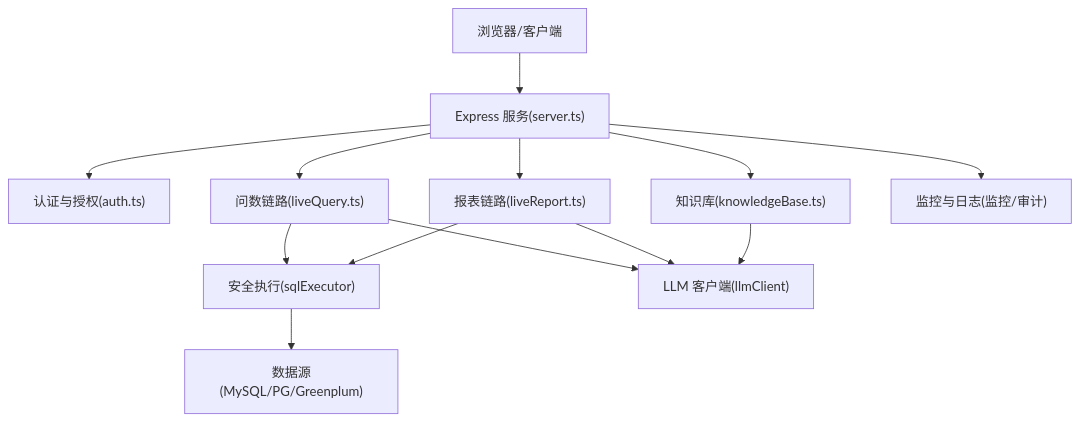
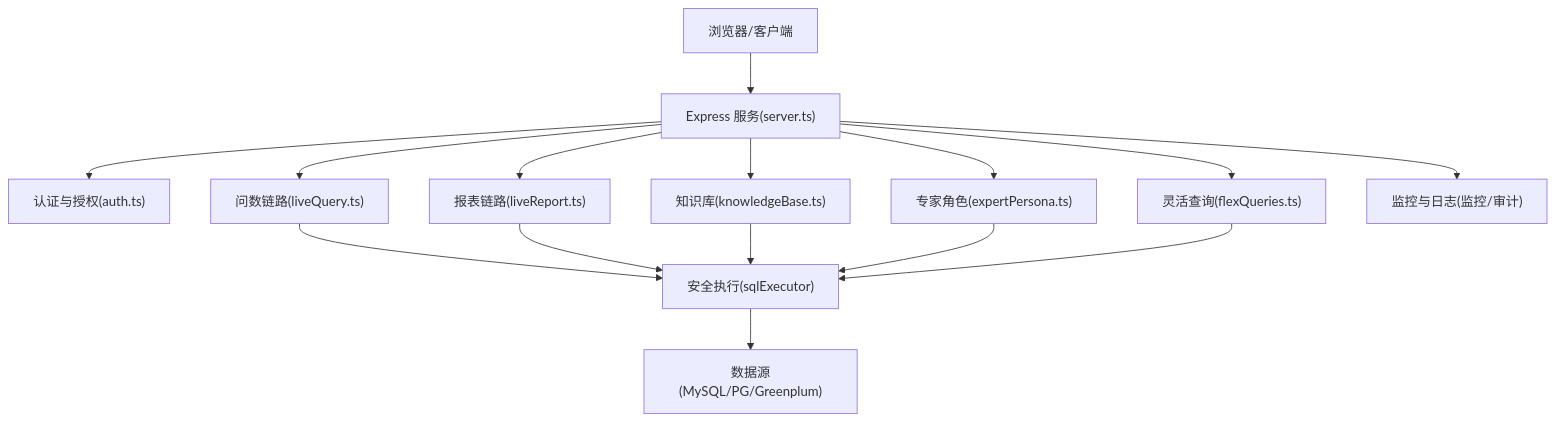
The first of 9 diagrams in .qoder/repowiki/zh/content/项目概述/系统介绍与特性.md (dgjin/smart-data-analytics), drawn with Mermaid before and after one commit. The commit also changed other lines of this file and 100 other files, not shown here.

````diff
--- a/.qoder/repowiki/zh/content/项目概述/系统介绍与特性.md
+++ b/.qoder/repowiki/zh/content/项目概述/系统介绍与特性.md
@@ -36,15 +53,17 @@
 ```mermaid
 graph TB
 A["浏览器/客户端"] --> B["Express 服务(server.ts)"]
 B --> C["认证与授权(auth.ts)"]
 B --> D["问数链路(liveQuery.ts)"]
 B --> E["报表链路(liveReport.ts)"]
 B --> F["知识库(knowledgeBase.ts)"]
-D --> G["安全执行(sqlExecutor)"]
-E --> G
-D --> H["LLM 客户端(llmClient)"]
-E --> H
-F --> H
-G --> I["数据源(MySQL/PG/Greenplum)"]
-B --> J["监控与日志(监控/审计)"]
+B --> G["专家角色(expertPersona.ts)"]
+B --> H["灵活查询(flexQueries.ts)"]
+D --> I["安全执行(sqlExecutor)"]
+E --> I
+F --> I
+G --> I
+H --> I
+I --> J["数据源(MySQL/PG/Greenplum)"]
+B --> K["监控与日志(监控/审计)"]
 ```
````
